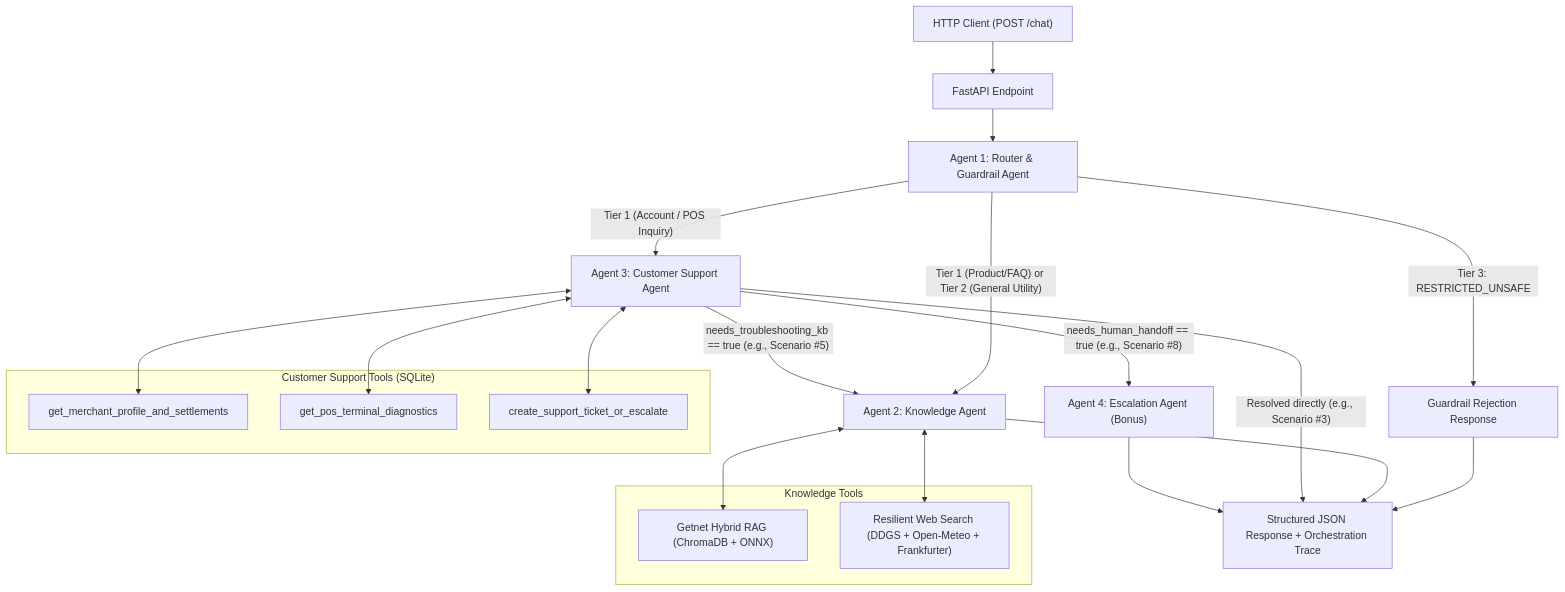
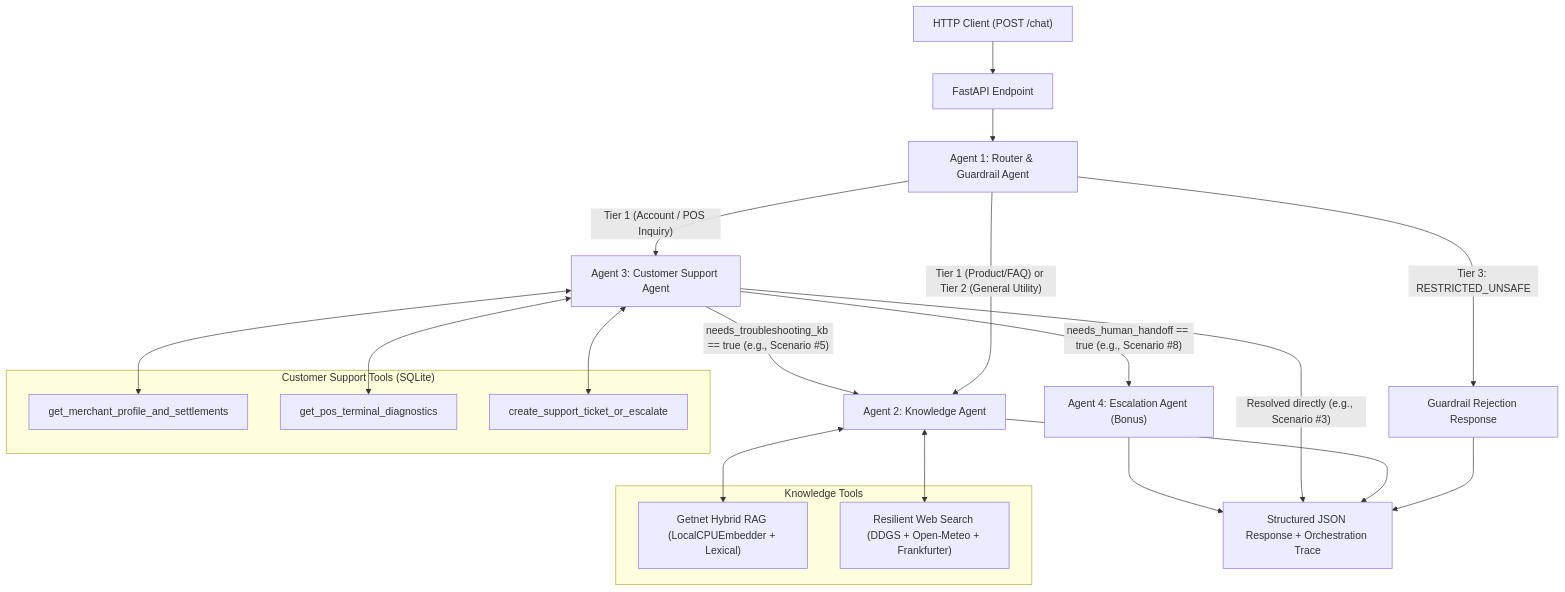
The diagram in SPEC.md (DanielQueijeiro/AI_Hardcore), drawn with Mermaid before and after one commit. The commit also changed other lines of this file and 18 other files, not shown here.

````diff
--- a/SPEC.md
+++ b/SPEC.md
@@ -13,35 +13,35 @@
 ```mermaid
 flowchart TD
     Client["HTTP Client (POST /chat)"] --> API["FastAPI Endpoint"]
     API --> Router["Agent 1: Router & Guardrail Agent"]
 
     Router -- "Tier 3: RESTRICTED_UNSAFE" --> GuardrailReject["Guardrail Rejection Response"]
     Router -- "Tier 1 (Product/FAQ) or Tier 2 (General Utility)" --> Knowledge["Agent 2: Knowledge Agent"]
     Router -- "Tier 1 (Account / POS Inquiry)" --> Support["Agent 3: Customer Support Agent"]
 
     subgraph Knowledge_Tools ["Knowledge Tools"]
-        RAG["Getnet Hybrid RAG (ChromaDB + ONNX)"]
+        RAG["Getnet Hybrid RAG (LocalCPUEmbedder + Lexical)"]
         WebSearch["Resilient Web Search (DDGS + Open-Meteo + Frankfurter)"]
     end
 
     Knowledge <--> RAG
     Knowledge <--> WebSearch
 
     subgraph Support_Tools ["Customer Support Tools (SQLite)"]
         T1["get_merchant_profile_and_settlements"]
         T2["get_pos_terminal_diagnostics"]
         T3["create_support_ticket_or_escalate"]
     end
 
     Support <--> T1
     Support <--> T2
     Support <--> T3
 
     Support -- "needs_troubleshooting_kb == true (e.g., Scenario #5)" --> Knowledge
     Support -- "needs_human_handoff == true (e.g., Scenario #8)" --> Escalation["Agent 4: Escalation Agent (Bonus)"]
 
     GuardrailReject --> Response["Structured JSON Response + Orchestration Trace"]
     Knowledge --> Response
     Support -- "Resolved directly (e.g., Scenario #3)" --> Response
     Escalation --> Response
 ```
````
